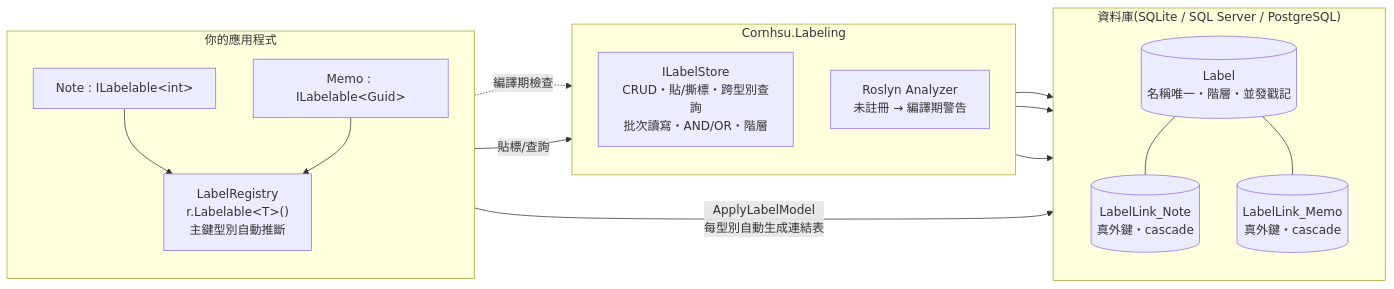
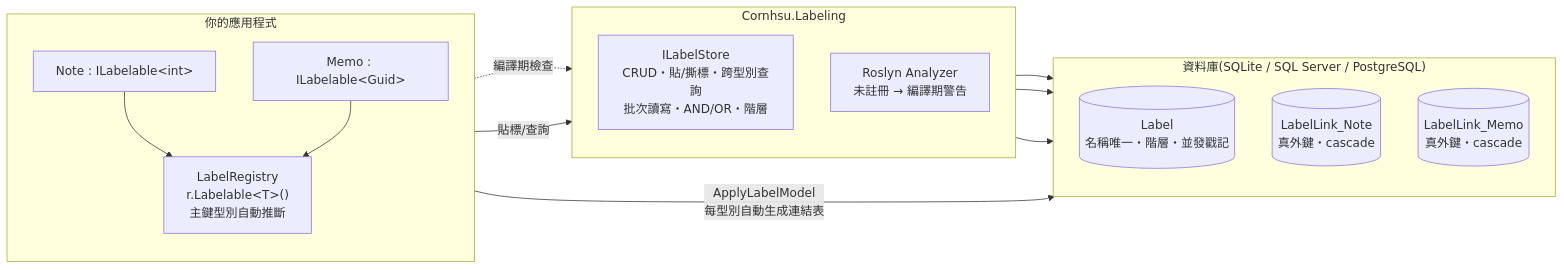
Before and after one commit to HSU-YU-MING/cornhsu-labeling: the diagram in README.zh-Hant.md, drawn with Mermaid. The commit also changed other lines of this file and 5 other files, not shown here.

````diff
--- a/README.zh-Hant.md
+++ b/README.zh-Hant.md
@@ -18,33 +18,31 @@
 ```mermaid
 flowchart LR
     subgraph app["你的應用程式"]
         direction TB
         note["Note : ILabelable&lt;int&gt;"]
         memo["Memo : ILabelable&lt;Guid&gt;"]
         reg["LabelRegistry<br/>r.Labelable&lt;T&gt;()<br/>主鍵型別自動推斷"]
     end
 
     subgraph pkg["Cornhsu.Labeling"]
         direction TB
         store["ILabelStore<br/>CRUD・貼/撕標・跨型別查詢<br/>批次讀寫・AND/OR・階層"]
         analyzer["Roslyn Analyzer<br/>未註冊 → 編譯期警告"]
     end
 
     subgraph db["資料庫(SQLite / SQL Server / PostgreSQL)"]
         direction TB
         label[("Label<br/>名稱唯一・階層・並發戳記")]
         link1[("LabelLink_Note<br/>真外鍵・cascade")]
         link2[("LabelLink_Memo<br/>真外鍵・cascade")]
     end
 
     note -.->|"編譯期檢查"| analyzer
     note --> reg
     memo --> reg
     reg -->|"ApplyLabelModel<br/>每型別自動生成連結表"| db
     app -->|"貼標/查詢"| store
     store --> label
     store --> link1
     store --> link2
-    label --- link1
-    label --- link2
 ```
````
